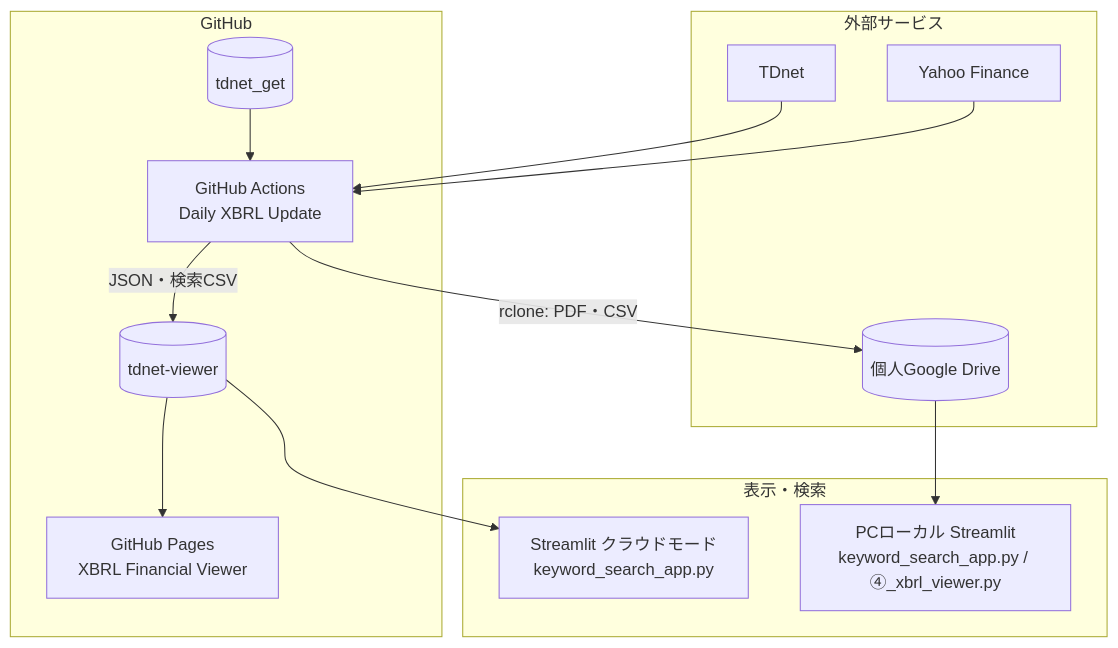
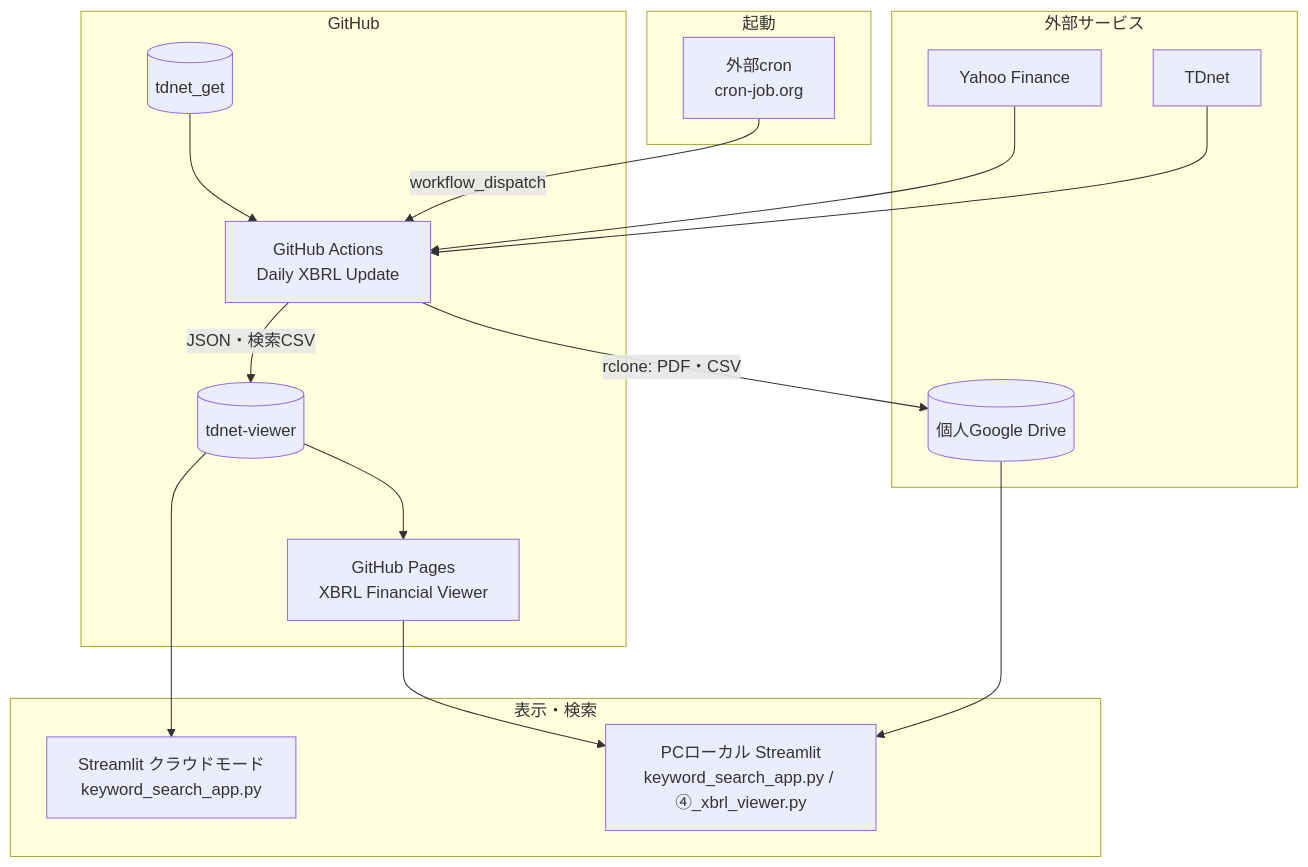
One commit to onokazu777/tdnet_get changed the diagram in docs/system-architecture.md. Above: the diagram before and after it, drawn with Mermaid. The commit also changed other lines of this file and 4 other files, not shown here.

First line of the commit message:
Document external cron as the production trigger

````diff
--- a/docs/system-architecture.md
+++ b/docs/system-architecture.md
@@ -12,29 +12,35 @@
 ```mermaid
 flowchart TB
+    subgraph Trigger["起動"]
+        CRON[外部cron<br/>cron-job.org]
+    end
+
     subgraph External["外部サービス"]
         TDNET[TDnet]
         YF[Yahoo Finance]
         GD[(個人Google Drive)]
     end
 
     subgraph GitHub["GitHub"]
         SRC[(tdnet_get)]
         GA[GitHub Actions<br/>Daily XBRL Update]
         VIEW[(tdnet-viewer)]
         PAGES[GitHub Pages<br/>XBRL Financial Viewer]
     end
 
     subgraph Apps["表示・検索"]
         CLOUD[Streamlit クラウドモード<br/>keyword_search_app.py]
         LOCAL[PCローカル Streamlit<br/>keyword_search_app.py / ④_xbrl_viewer.py]
     end
 
+    CRON -->|workflow_dispatch| GA
     SRC --> GA
     TDNET --> GA
     YF --> GA
     GA -->|rclone: PDF・CSV| GD
     GA -->|JSON・検索CSV| VIEW
     VIEW --> PAGES
     VIEW --> CLOUD
     GD --> LOCAL
+    PAGES --> LOCAL
 ```
````
